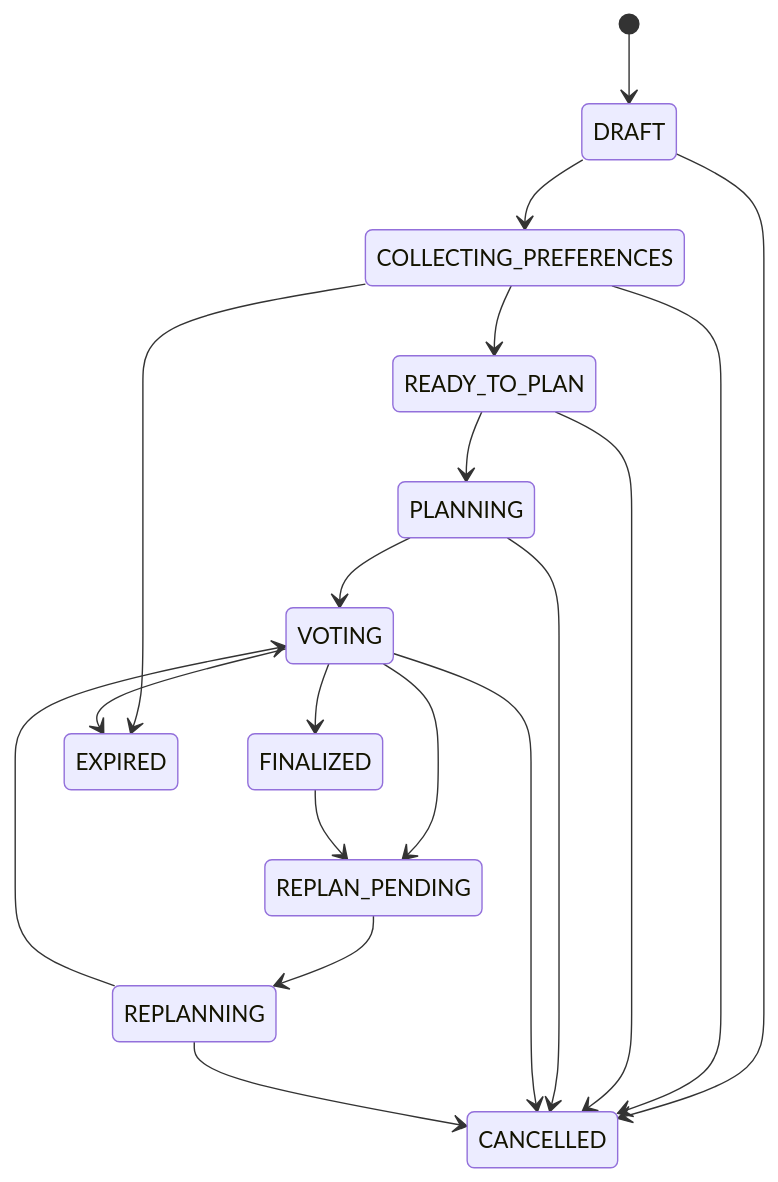
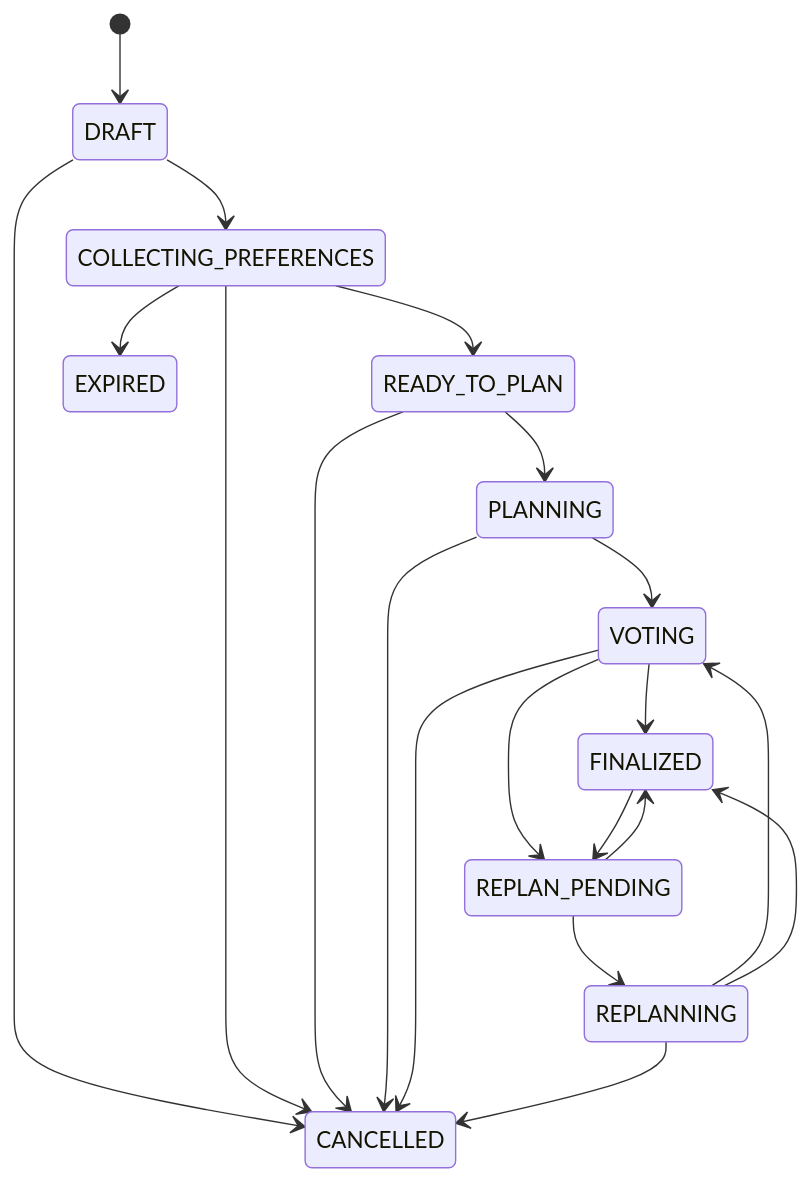
Before and after one commit to fffflllll/yun-dp: the second of 5 diagrams in doc/02_MeetMate_Java后端技术架构设计.md, drawn with Mermaid. The commit also changed other lines of this file and 3 other files, not shown here.

````diff
--- a/doc/02_MeetMate_Java后端技术架构设计.md
+++ b/doc/02_MeetMate_Java后端技术架构设计.md
@@ -394,23 +404,24 @@
 ```mermaid
 stateDiagram-v2
     [*] --> DRAFT
     DRAFT --> COLLECTING_PREFERENCES
     COLLECTING_PREFERENCES --> READY_TO_PLAN
     READY_TO_PLAN --> PLANNING
     PLANNING --> VOTING
     VOTING --> FINALIZED
     VOTING --> REPLAN_PENDING
     REPLAN_PENDING --> REPLANNING
+    REPLAN_PENDING --> FINALIZED
     REPLANNING --> VOTING
+    REPLANNING --> FINALIZED
     FINALIZED --> REPLAN_PENDING
 
     DRAFT --> CANCELLED
     COLLECTING_PREFERENCES --> CANCELLED
     READY_TO_PLAN --> CANCELLED
     PLANNING --> CANCELLED
     VOTING --> CANCELLED
     REPLANNING --> CANCELLED
 
     COLLECTING_PREFERENCES --> EXPIRED
-    VOTING --> EXPIRED
 ```
````
